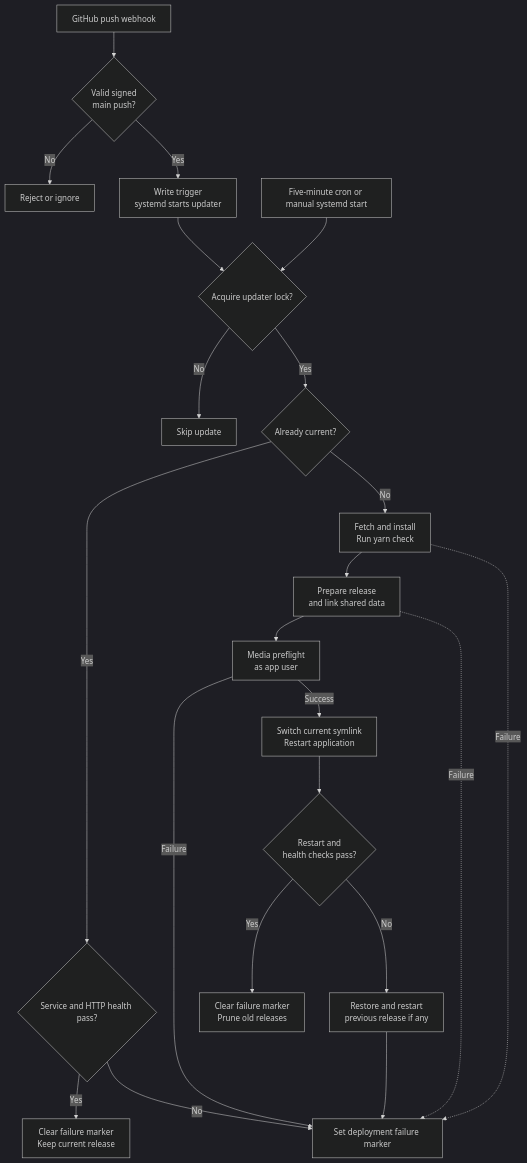
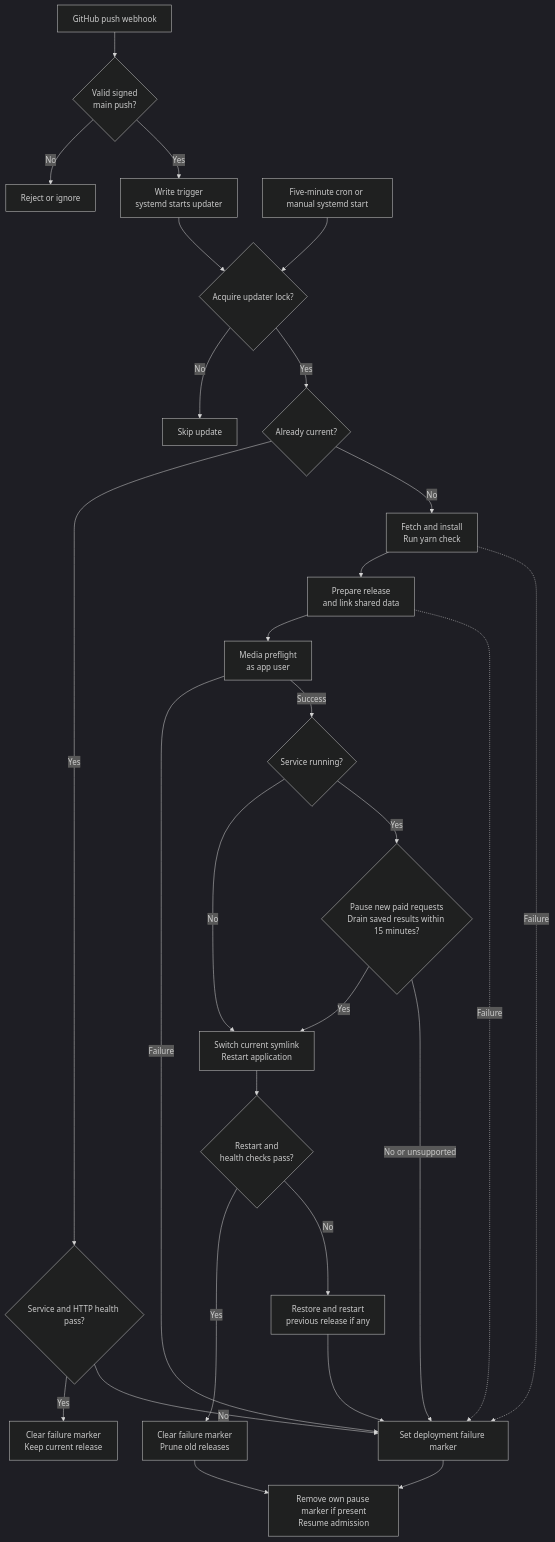
Before and after one commit to rogierslag/podcast2article: the sixth of 6 diagrams in docs/SERVICE-FLOWS.md, drawn with Mermaid (dark theme). The commit also changed other lines of this file and 29 other files, not shown here.

````diff
--- a/docs/SERVICE-FLOWS.md
+++ b/docs/SERVICE-FLOWS.md
@@ -237,24 +241,30 @@
 ```mermaid
 flowchart TD
     Push["GitHub push webhook"] --> Verify{"Valid signed<br/>main push?"}
     Verify -->|No| Ignore["Reject or ignore"]
     Verify -->|Yes| Trigger["Write trigger<br/>systemd starts updater"]
     Daily["Five-minute cron or manual systemd start"] --> Lock
     Trigger --> Lock{"Acquire updater lock?"}
     Lock -->|No| Skip["Skip update"]
     Lock -->|Yes| Revision{"Already current?"}
     Revision -->|Yes| Existing{"Service and HTTP health pass?"}
     Existing -->|Yes| Clear["Clear failure marker<br/>Keep current release"]
     Existing -->|No| Mark["Set deployment failure marker"]
     Revision -->|No| Build["Fetch and install<br/>Run yarn check"]
     Build --> Release["Prepare release<br/>and link shared data"]
     Release --> Media["Media preflight<br/>as app user"]
     Build -.->|Failure| Mark
     Release -.->|Failure| Mark
     Media -->|Failure| Mark
-    Media -->|Success| Activate["Switch current symlink<br/>Restart application"]
+    Media -->|Success| Running{"Service running?"}
+    Running -->|No| Activate["Switch current symlink<br/>Restart application"]
+    Running -->|Yes| Drain{"Pause new paid requests<br/>Drain saved results within 15 minutes?"}
+    Drain -->|Yes| Activate
+    Drain -->|No or unsupported| Mark
     Activate --> Health{"Restart and<br/>health checks pass?"}
     Health -->|Yes| Success["Clear failure marker<br/>Prune old releases"]
     Health -->|No| Rollback["Restore and restart<br/>previous release if any"]
     Rollback --> Mark
+    Success --> Resume["Remove own pause marker if present<br/>Resume admission"]
+    Mark --> Resume
 ```
````
